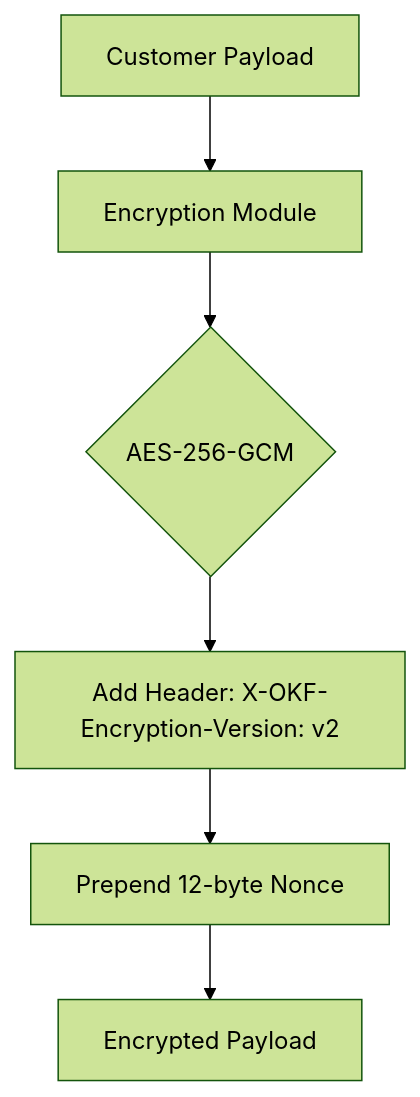
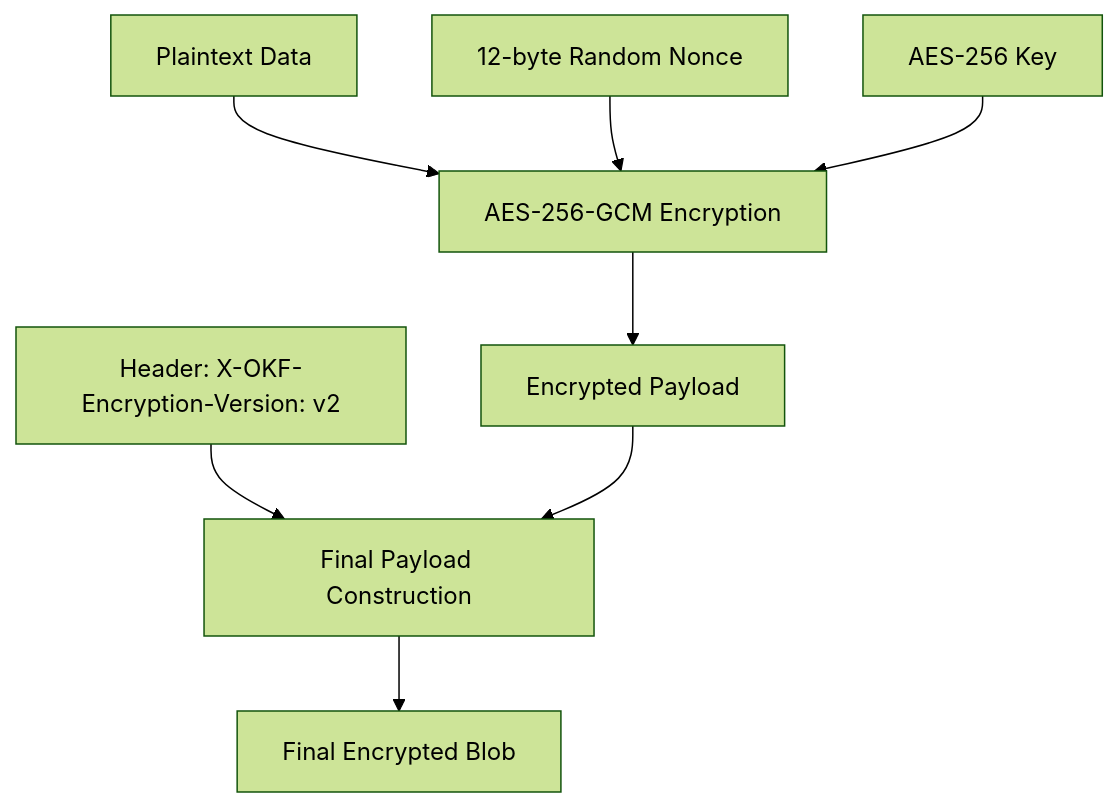
The first of 5 diagrams in benchmarks/results/BENCHMARK_RESULTS_DMAA_lmstudio_google_gemma-4-26b-a4b-qat.md (agent-memory-atlas-archive/okf-memory--okf-agent-memory), drawn with Mermaid (forest theme) before and after one commit. The commit also changed other lines of this file and 5 other files, not shown here.

````diff
--- a/benchmarks/results/BENCHMARK_RESULTS_DMAA_lmstudio_google_gemma-4-26b-a4b-qat.md
+++ b/benchmarks/results/BENCHMARK_RESULTS_DMAA_lmstudio_google_gemma-4-26b-a4b-qat.md
@@ -110,8 +158,10 @@
         ```mermaid
         graph TD
-            A[Customer Payload] --> B[Encryption Module]
-            B --> C{AES-256-GCM}
-            C --> D[Add Header: X-OKF-Encryption-Version: v2]
-            D --> E[Prepend 12-byte Nonce]
-            E --> F[Encrypted Payload]
+            A[Plaintext Data] --> B[AES-256-GCM Encryption]
+            C[12-byte Random Nonce] --> B
+            D[AES-256 Key] --> B
+            B --> E[Encrypted Payload]
+            F[Header: X-OKF-Encryption-Version: v2] --> G[Final Payload Construction]
+            E --> G
+            G --> H[Final Encrypted Blob]
         ```
````
